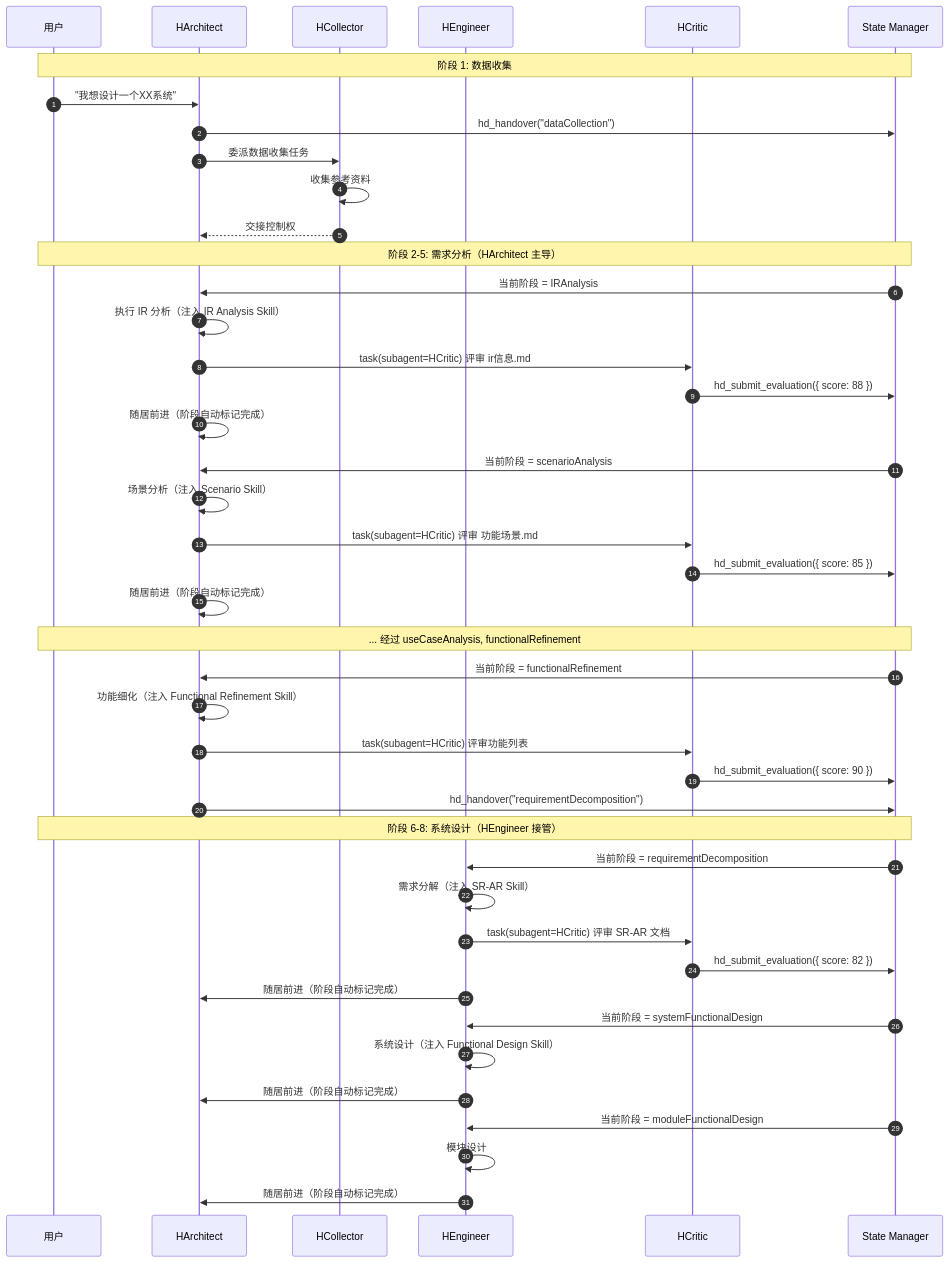
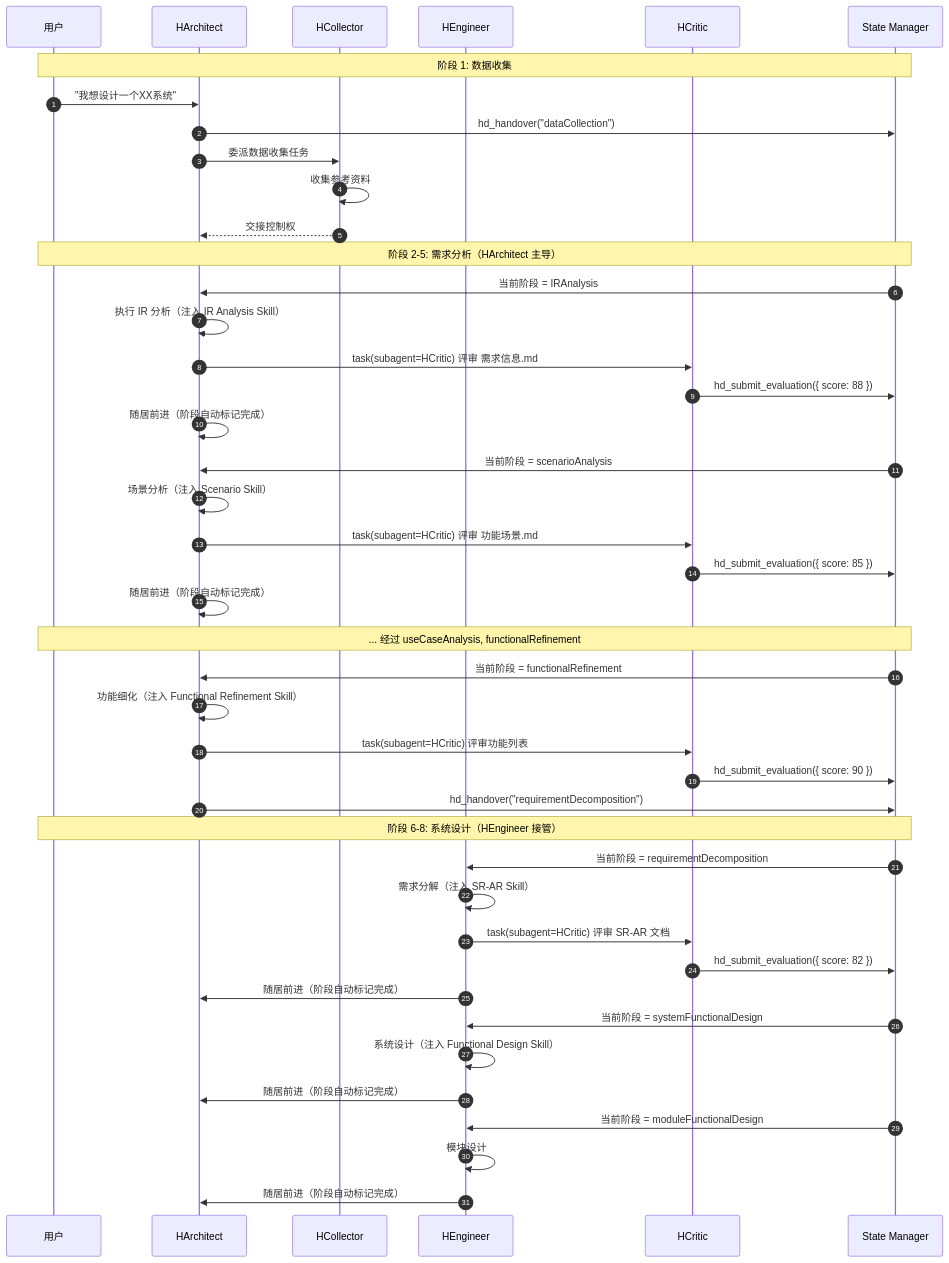
Before and after one commit to aiimoyu/hyper-designer: the third of 4 diagrams in TECHNICAL_WIKI.md, drawn with Mermaid. The commit also changed other lines of this file and 1 other file, not shown here.

````diff
--- a/TECHNICAL_WIKI.md
+++ b/TECHNICAL_WIKI.md
@@ -356,53 +356,53 @@
 ```mermaid
 sequenceDiagram
     autonumber
     participant User as 用户
     participant HA as HArchitect
     participant HC as HCollector
     participant HE as HEngineer
     participant HCr as HCritic
     participant State as State Manager
 
     Note over User,State: 阶段 1: 数据收集
     User->>HA: "我想设计一个XX系统"
     HA->>State: hd_handover("dataCollection")
     HA->>HC: 委派数据收集任务
     HC->>HC: 收集参考资料
     HC-->>HA: 交接控制权
 
     Note over User,State: 阶段 2-5: 需求分析（HArchitect 主导）
     State->>HA: 当前阶段 = IRAnalysis
     HA->>HA: 执行 IR 分析（注入 IR Analysis Skill）
-    HA->>HCr: task(subagent=HCritic) 评审 ir信息.md
+HA->>HCr: task(subagent=HCritic) 评审 需求信息.md
     HCr->>State: hd_submit_evaluation({ score: 88 })
     HA->>HA: 随居前进（阶段自动标记完成）
 
     State->>HA: 当前阶段 = scenarioAnalysis
     HA->>HA: 场景分析（注入 Scenario Skill）
     HA->>HCr: task(subagent=HCritic) 评审 功能场景.md
     HCr->>State: hd_submit_evaluation({ score: 85 })
     HA->>HA: 随居前进（阶段自动标记完成）
 
     Note over User,State: ... 经过 useCaseAnalysis, functionalRefinement
 
     State->>HA: 当前阶段 = functionalRefinement
     HA->>HA: 功能细化（注入 Functional Refinement Skill）
     HA->>HCr: task(subagent=HCritic) 评审功能列表
     HCr->>State: hd_submit_evaluation({ score: 90 })
     HA->>State: hd_handover("requirementDecomposition")
 
     Note over User,State: 阶段 6-8: 系统设计（HEngineer 接管）
     State->>HE: 当前阶段 = requirementDecomposition
     HE->>HE: 需求分解（注入 SR-AR Skill）
     HE->>HCr: task(subagent=HCritic) 评审 SR-AR 文档
     HCr->>State: hd_submit_evaluation({ score: 82 })
     HE->>HA: 随居前进（阶段自动标记完成）
 
     State->>HE: 当前阶段 = systemFunctionalDesign
     HE->>HE: 系统设计（注入 Functional Design Skill）
     HE->>HA: 随居前进（阶段自动标记完成）
 
     State->>HE: 当前阶段 = moduleFunctionalDesign
     HE->>HE: 模块设计
     HE->>HA: 随居前进（阶段自动标记完成）
 ```
````
